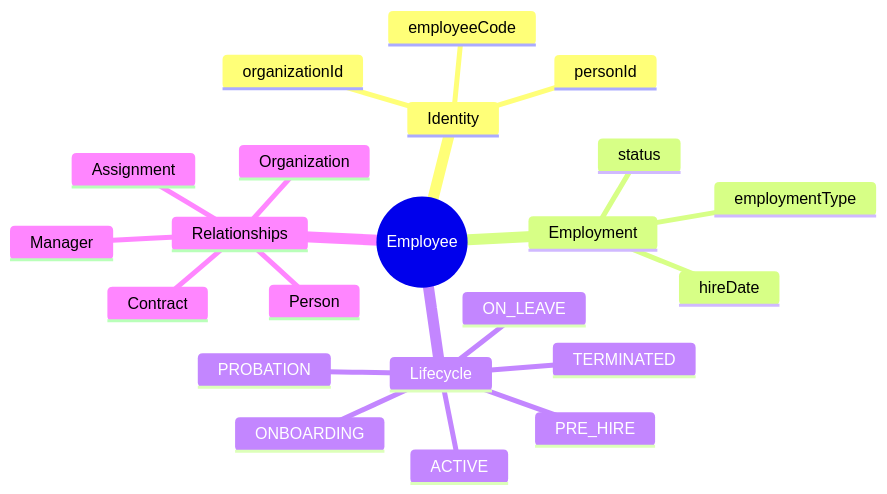
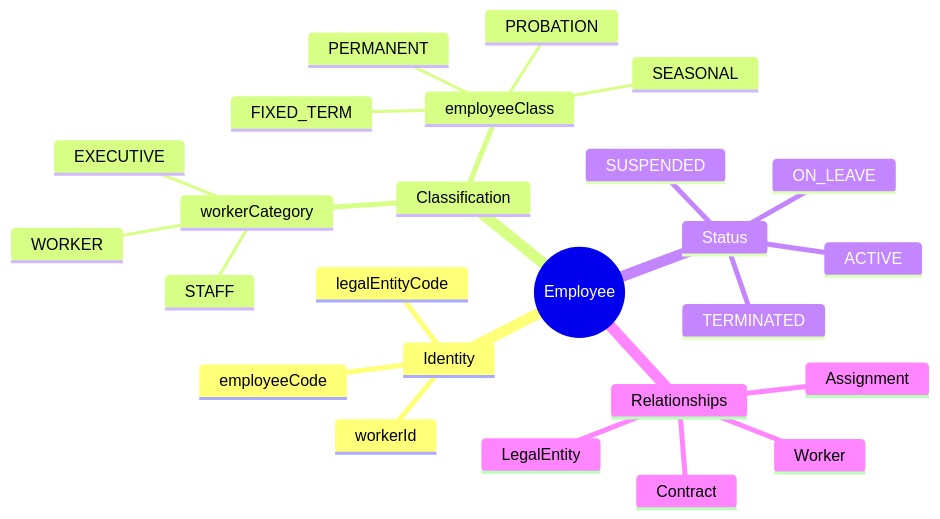
The first of 3 diagrams in docs/Axiom-Codex/xTalent/CO/emp/employee.onto.md (a4b-corporation/xTalent), drawn with Mermaid before and after one commit. The commit also changed other lines of this file, not shown here.

Commit message:
docs: sync from a4b-doc - update Axiom Codex - onto employee sample

````diff
--- a/docs/Axiom-Codex/xTalent/CO/emp/employee.onto.md
+++ b/docs/Axiom-Codex/xTalent/CO/emp/employee.onto.md
@@ -260,25 +190,28 @@
 ```mermaid
 mindmap
   root((Employee))
     Identity
       employeeCode
-      personId
-      organizationId
-    Employment
-      hireDate
-      employmentType
-      status
-    Lifecycle
-      PRE_HIRE
-      ONBOARDING
-      PROBATION
+      workerId
+      legalEntityCode
+    Classification
+      workerCategory
+        EXECUTIVE
+        STAFF
+        WORKER
+      employeeClass
+        PERMANENT
+        PROBATION
+        FIXED_TERM
+        SEASONAL
+    Status
       ACTIVE
       ON_LEAVE
+      SUSPENDED
       TERMINATED
     Relationships
-      Person
-      Organization
+      Worker
+      LegalEntity
+      Contract
       Assignment
-      Contract
-      Manager
 ```
````
